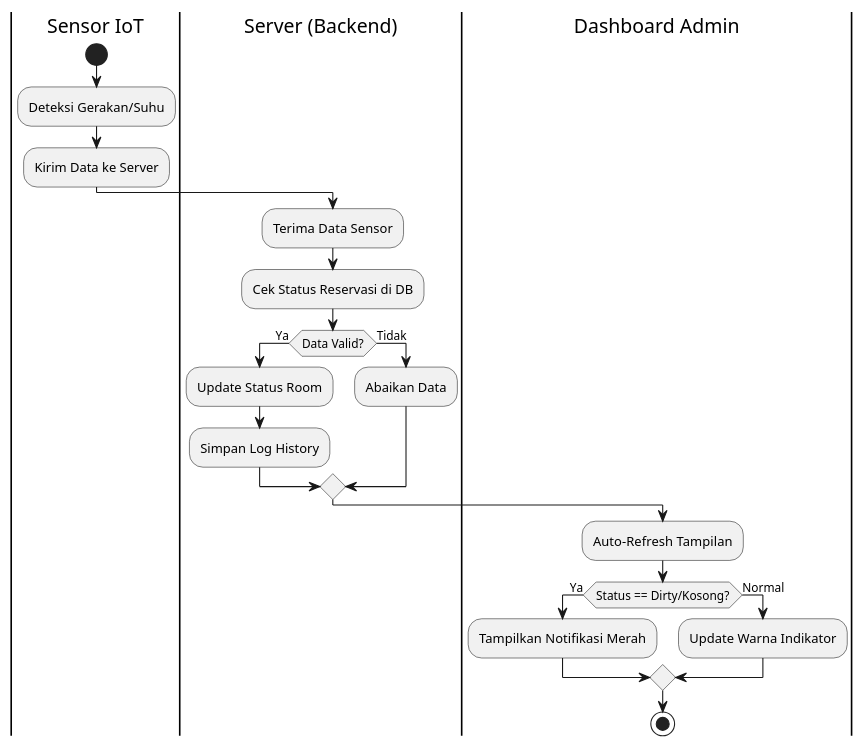
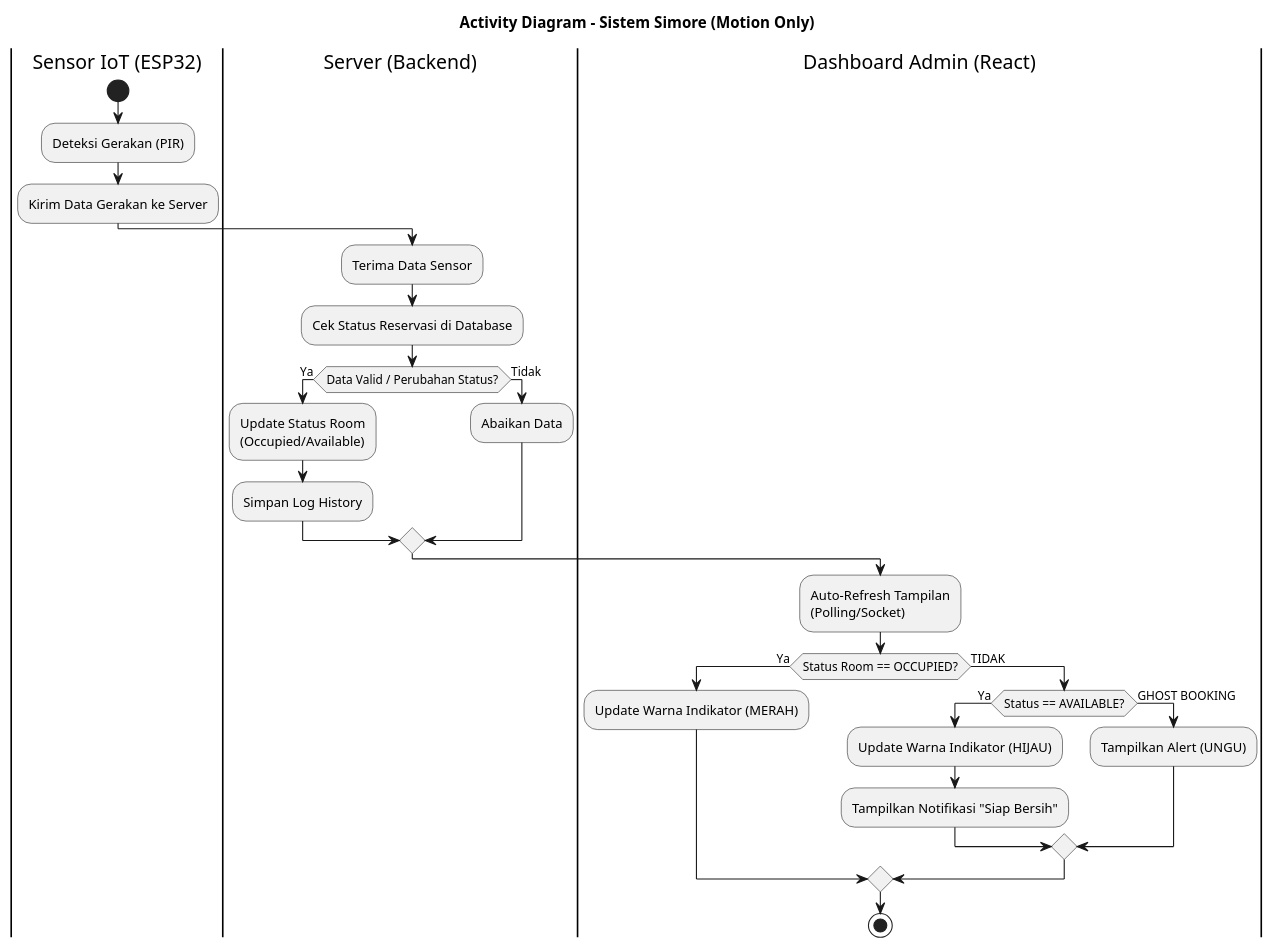
Before and after one commit to A-PPAW-TI503P-2025/PROJECT_KELOMPOK5_HUMAN-BODY: the diagram in ActivityDiagram.puml, drawn with PlantUML. The commit also changed 4 other files, not shown here.

Commit message:
New PlantUML

```diff
--- a/ActivityDiagram.puml
+++ b/ActivityDiagram.puml
@@ -1,25 +1,35 @@
 @startuml
-|Sensor IoT|
+title Activity Diagram - Sistem Simore (Motion Only)
+
+|Sensor IoT (ESP32)|
 start
-:Deteksi Gerakan/Suhu;
-:Kirim Data ke Server;
+:Deteksi Gerakan (PIR);
+:Kirim Data Gerakan ke Server;
 
 |Server (Backend)|
 :Terima Data Sensor;
-:Cek Status Reservasi di DB;
-if (Data Valid?) then (Ya)
-  :Update Status Room;
-  :Simpan Log History;
+:Cek Status Reservasi di Database;
+
+if (Data Valid / Perubahan Status?) then (Ya)
+    :Update Status Room\n(Occupied/Available);
+    :Simpan Log History;
 else (Tidak)
-  :Abaikan Data;
+    :Abaikan Data;
 endif
 
-|Dashboard Admin|
-:Auto-Refresh Tampilan;
-if (Status == Dirty/Kosong?) then (Ya)
-  :Tampilkan Notifikasi Merah;
-else (Normal)
-  :Update Warna Indikator;
+|Dashboard Admin (React)|
+:Auto-Refresh Tampilan\n(Polling/Socket);
+
+if (Status Room == OCCUPIED?) then (Ya)
+    :Update Warna Indikator (MERAH);
+else (TIDAK)
+    if (Status == AVAILABLE?) then (Ya)
+        :Update Warna Indikator (HIJAU);
+        :Tampilkan Notifikasi "Siap Bersih";
+    else (GHOST BOOKING)
+        :Tampilkan Alert (UNGU);
+    endif
 endif
+
 stop
 @enduml
```
